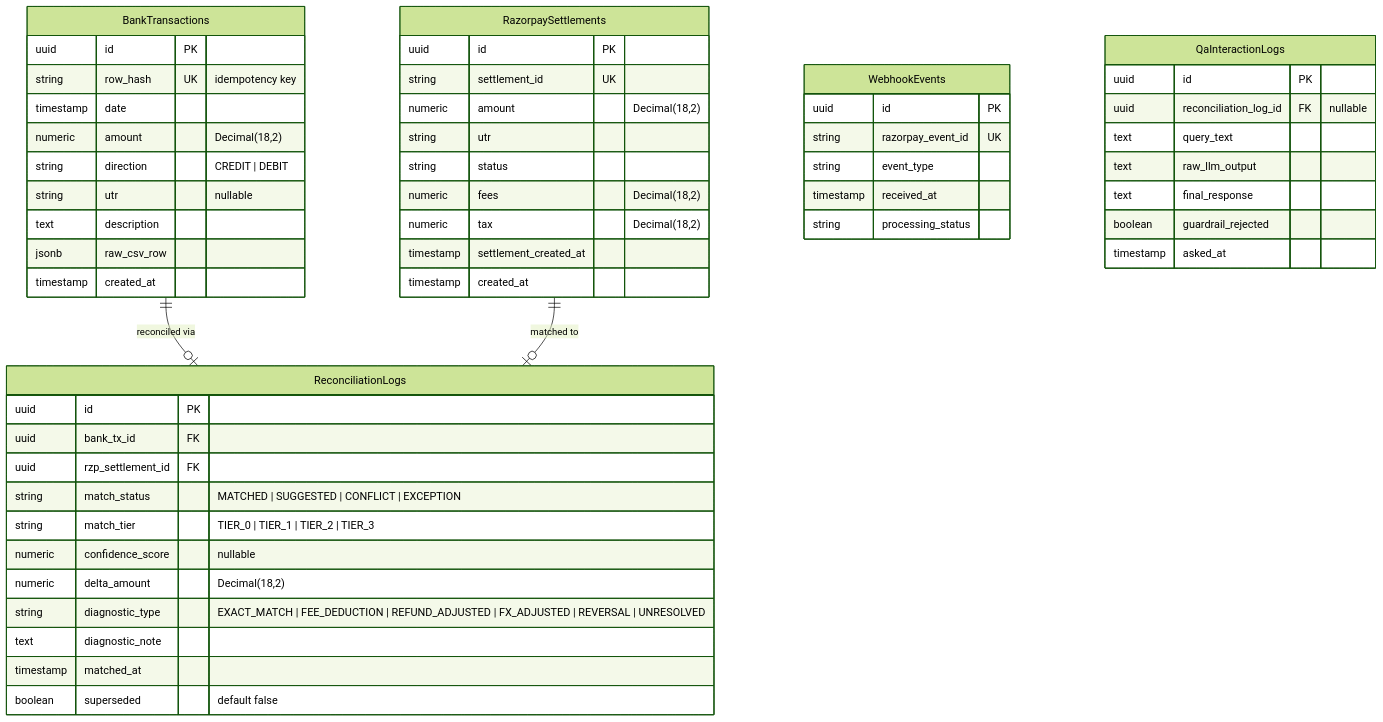
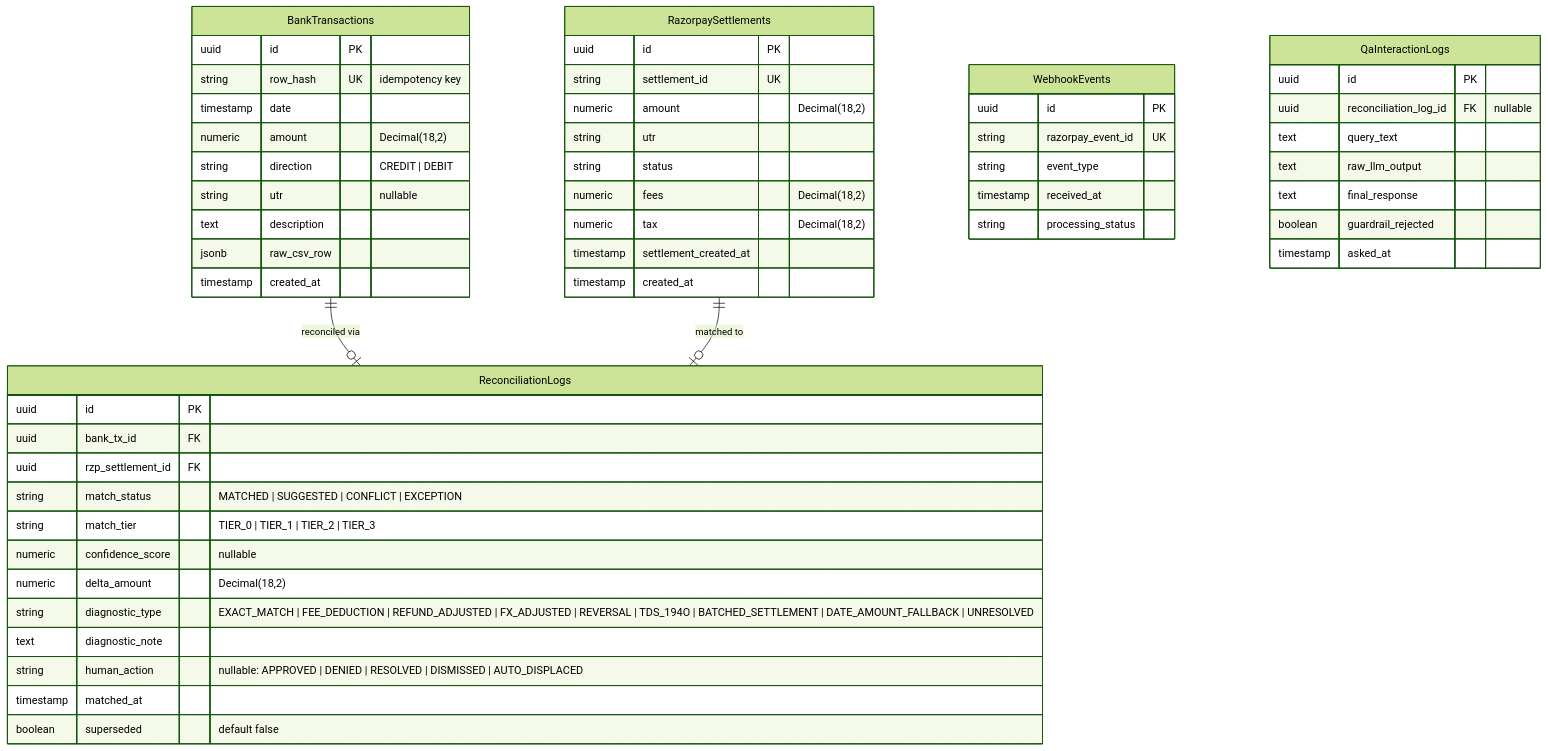
One commit to AkshayHaldar/ReconGrid-AI changed the diagram in ARCHITECTURE.md. Above: the diagram before and after it, drawn with Mermaid (forest theme). The commit also changed other lines of this file and 32 other files, not shown here.

````diff
--- a/ARCHITECTURE.md
+++ b/ARCHITECTURE.md
@@ -116,56 +116,57 @@
 ```mermaid
 erDiagram
     BankTransactions ||--o| ReconciliationLogs : "reconciled via"
     RazorpaySettlements ||--o| ReconciliationLogs : "matched to"
     WebhookEvents {
         uuid id PK
         string razorpay_event_id UK
         string event_type
         timestamp received_at
         string processing_status
     }
     BankTransactions {
         uuid id PK
         string row_hash UK "idempotency key"
         timestamp date
         numeric amount "Decimal(18,2)"
         string direction "CREDIT | DEBIT"
         string utr "nullable"
         text description
         jsonb raw_csv_row
         timestamp created_at
     }
     RazorpaySettlements {
         uuid id PK
         string settlement_id UK
         numeric amount "Decimal(18,2)"
         string utr
         string status
         numeric fees "Decimal(18,2)"
         numeric tax "Decimal(18,2)"
         timestamp settlement_created_at
         timestamp created_at
     }
     ReconciliationLogs {
         uuid id PK
         uuid bank_tx_id FK
         uuid rzp_settlement_id FK
         string match_status "MATCHED | SUGGESTED | CONFLICT | EXCEPTION"
         string match_tier "TIER_0 | TIER_1 | TIER_2 | TIER_3"
         numeric confidence_score "nullable"
         numeric delta_amount "Decimal(18,2)"
-        string diagnostic_type "EXACT_MATCH | FEE_DEDUCTION | REFUND_ADJUSTED | FX_ADJUSTED | REVERSAL | UNRESOLVED"
+        string diagnostic_type "EXACT_MATCH | FEE_DEDUCTION | REFUND_ADJUSTED | FX_ADJUSTED | REVERSAL | TDS_194O | BATCHED_SETTLEMENT | DATE_AMOUNT_FALLBACK | UNRESOLVED"
         text diagnostic_note
+        string human_action "nullable: APPROVED | DENIED | RESOLVED | DISMISSED | AUTO_DISPLACED"
         timestamp matched_at
         boolean superseded "default false"
     }
     QaInteractionLogs {
         uuid id PK
         uuid reconciliation_log_id FK "nullable"
         text query_text
         text raw_llm_output
         text final_response
         boolean guardrail_rejected
         timestamp asked_at
     }
 ```
````
